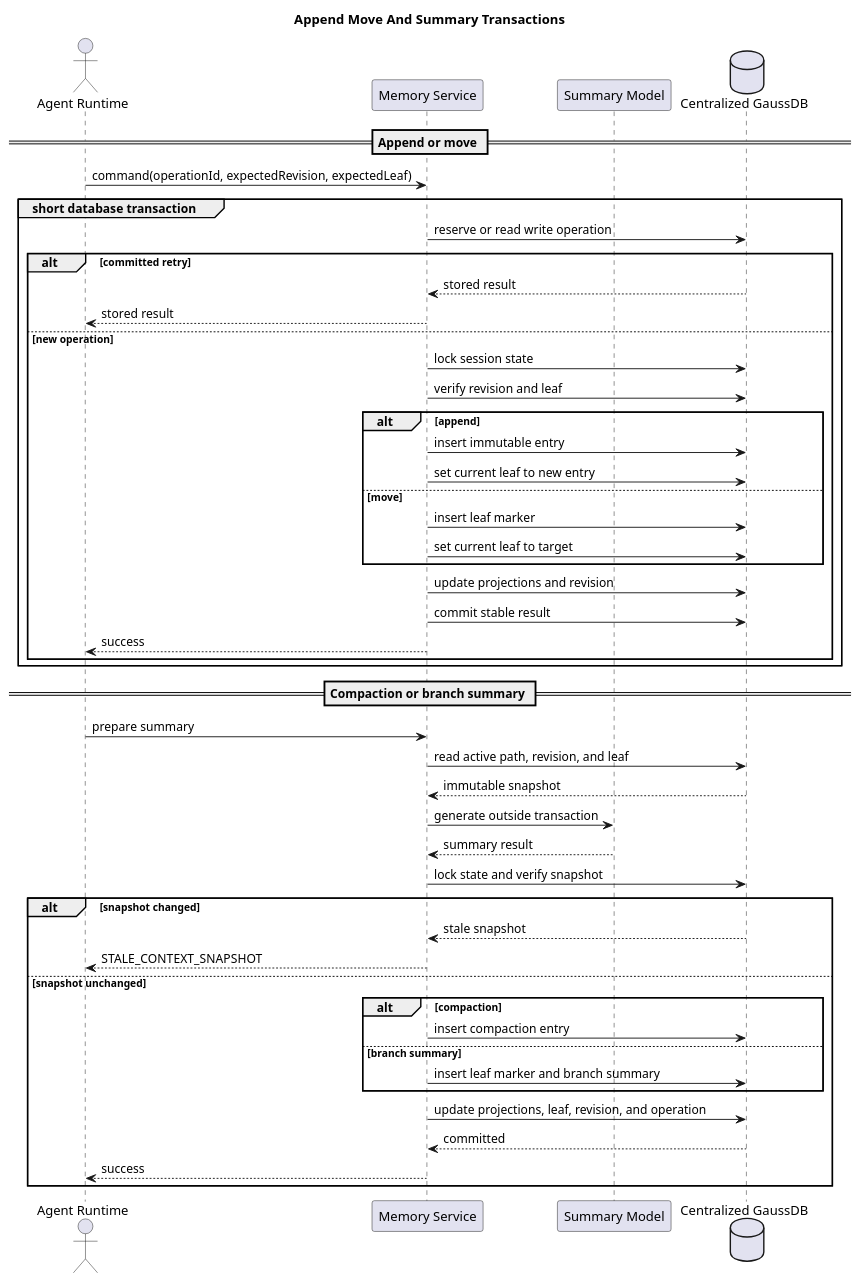
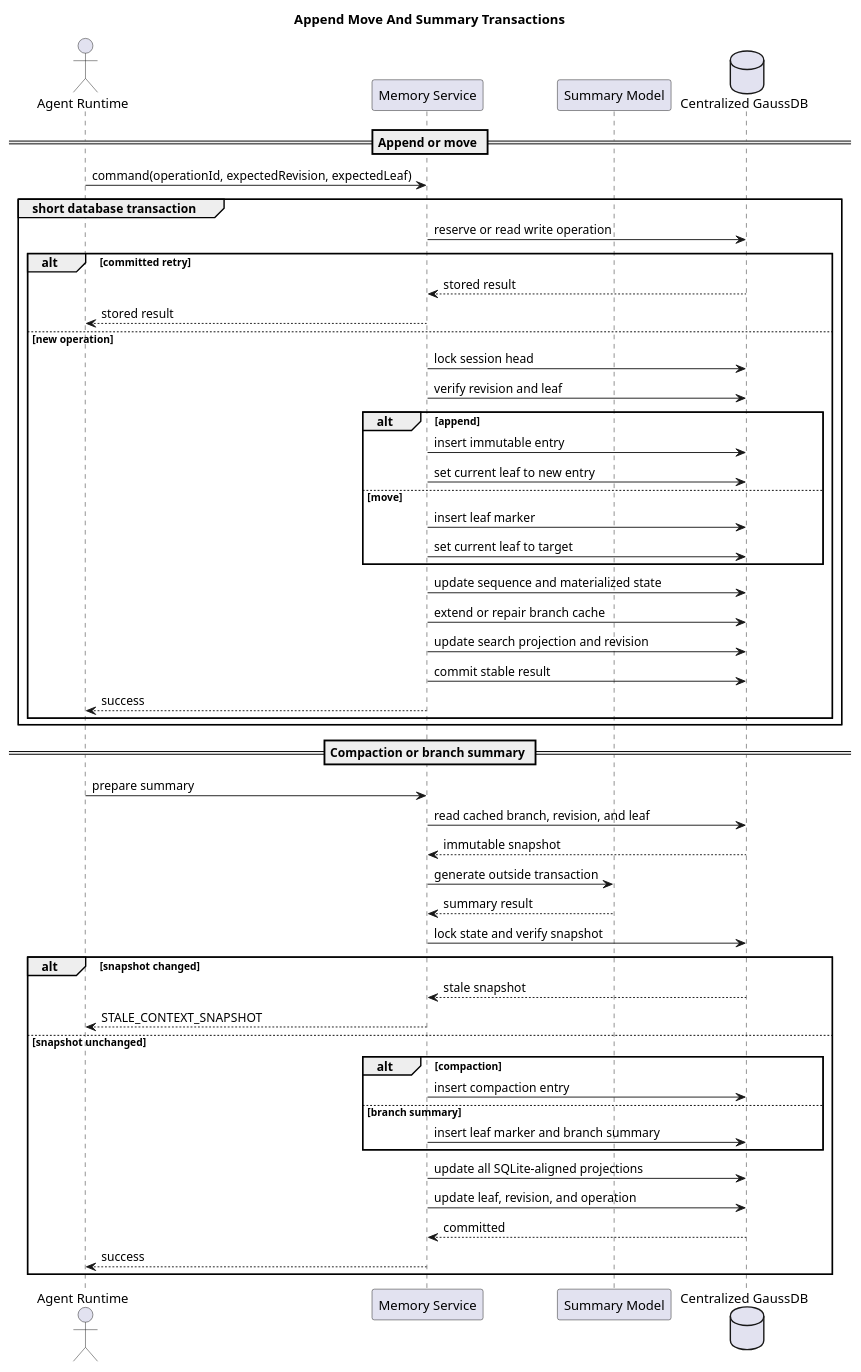
One commit to superheromeZzh/pi-mono-java-design changed the second of 4 diagrams in diagrams/memory/diagram.puml. Above: the diagram before and after it, drawn with PlantUML. The commit also changed other lines of this file and 5 other files, not shown here.

Commit message:
docs(memory): align GaussDB design with SQLite

```diff
--- a/diagrams/memory/diagram.puml
+++ b/diagrams/memory/diagram.puml
@@ -57,62 +67,67 @@
 @startuml memory-write-transaction
 title Append Move And Summary Transactions
+skinparam backgroundColor #FFFFFF
 
 ' Source evidence:
-' - badlogic/pi-mono@fc85bdd88be93b1e9a6b6bcfa41c684282ec79cc
+' - badlogic/pi-mono@f0deb8dd8e9611e89b5bc4145ca92c03ae6ed4ee
 ' - packages/agent/src/harness/session/session.ts: appendTypedEntry and moveTo
-' - packages/storage/sqlite-node/src/sqlite/storage/index.ts: setLeafId and appendEntry
+' - packages/storage/sqlite-node/src/sqlite/storage/index.ts: appendEntry and readPathToRootOrCompaction
+' - packages/storage/sqlite-node/src/sqlite/storage/branch-cache.ts: appendEntryToBranchCache
 ' - packages/agent/src/harness/compaction/compaction.ts: prepareCompaction and compact
 ' Observed behavior: pi stores leaf markers and generates summaries before append.
 ' Design reason: commit entry, projections, leaf state, and operation atomically.
 ' Java divergence: revision checks and idempotency are target-only reliability changes.
 
 actor "Agent Runtime" as runtime
 participant "Memory Service" as memory
 participant "Summary Model" as model
 database "Centralized GaussDB" as db
 
 == Append or move ==
 runtime -> memory : command(operationId, expectedRevision, expectedLeaf)
 group short database transaction
   memory -> db : reserve or read write operation
   alt committed retry
     db --> memory : stored result
     memory --> runtime : stored result
   else new operation
-    memory -> db : lock session state
+    memory -> db : lock session head
     memory -> db : verify revision and leaf
     alt append
       memory -> db : insert immutable entry
       memory -> db : set current leaf to new entry
     else move
       memory -> db : insert leaf marker
       memory -> db : set current leaf to target
     end
-    memory -> db : update projections and revision
+    memory -> db : update sequence and materialized state
+    memory -> db : extend or repair branch cache
+    memory -> db : update search projection and revision
     memory -> db : commit stable result
     memory --> runtime : success
   end
 end
 
 == Compaction or branch summary ==
 runtime -> memory : prepare summary
-memory -> db : read active path, revision, and leaf
+memory -> db : read cached branch, revision, and leaf
 db --> memory : immutable snapshot
 memory -> model : generate outside transaction
 model --> memory : summary result
 memory -> db : lock state and verify snapshot
 alt snapshot changed
   db --> memory : stale snapshot
   memory --> runtime : STALE_CONTEXT_SNAPSHOT
 else snapshot unchanged
   alt compaction
     memory -> db : insert compaction entry
   else branch summary
     memory -> db : insert leaf marker and branch summary
   end
-  memory -> db : update projections, leaf, revision, and operation
+  memory -> db : update all SQLite-aligned projections
+  memory -> db : update leaf, revision, and operation
   db --> memory : committed
   memory --> runtime : success
 end
 
 @enduml
```
